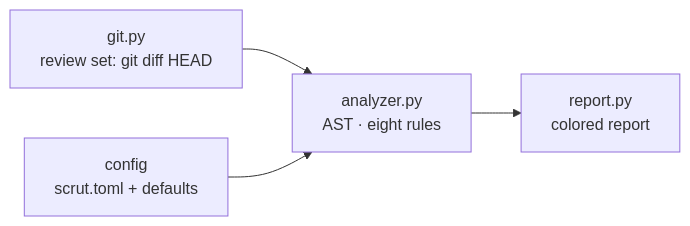
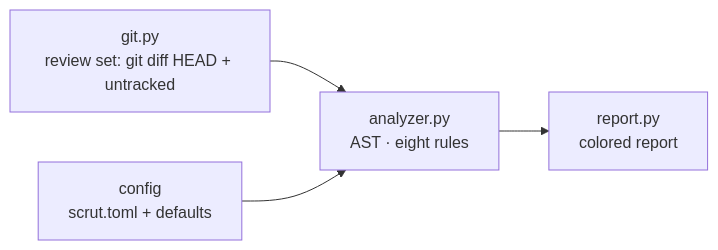
One commit to mukundzha/avouch changed the diagram in README.md. Above: the diagram before and after it, drawn with Mermaid. The commit also changed other lines of this file and 8 other files, not shown here.

````diff
--- a/README.md
+++ b/README.md
@@ -254,6 +255,6 @@
 ```mermaid
 flowchart LR
-    G[git.py<br/>review set: git diff HEAD] --> A[analyzer.py<br/>AST · eight rules]
+    G[git.py<br/>review set: git diff HEAD + untracked] --> A[analyzer.py<br/>AST · eight rules]
     C[config<br/>scrut.toml + defaults] --> A
     A --> R[report.py<br/>colored report]
 ```
````
